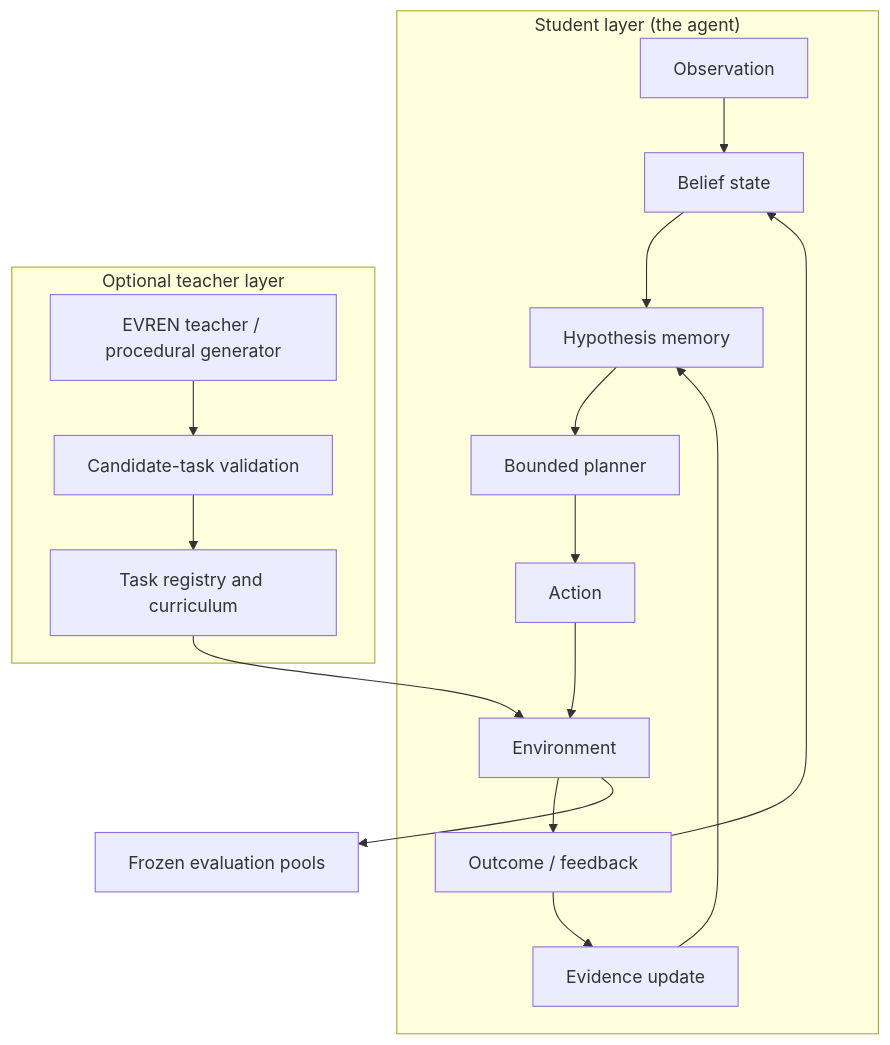
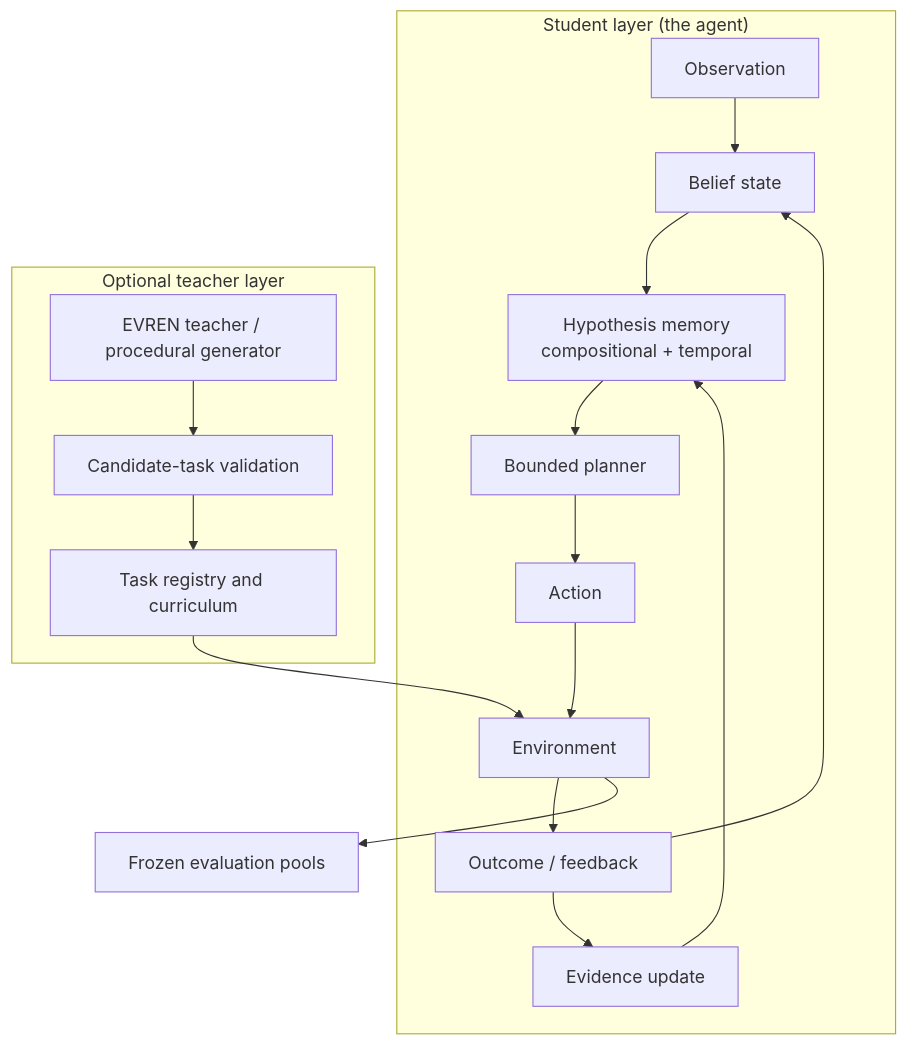
One commit to Pentexa/metargon changed the diagram in README.md. Above: the diagram before and after it, drawn with Mermaid. The commit also changed other lines of this file and 11 other files, not shown here.

````diff
--- a/README.md
+++ b/README.md
@@ -132,20 +175,20 @@
 ```mermaid
 flowchart TD
     subgraph Student["Student layer (the agent)"]
         O[Observation] --> B[Belief state]
-        B --> M[Hypothesis memory]
+        B --> M[Hypothesis memory<br/>compositional + temporal]
         M --> P[Bounded planner]
         P --> A[Action]
         A --> E[Environment]
         E --> F[Outcome / feedback]
         F --> U[Evidence update]
         U --> M
         F --> B
     end
     subgraph Teacher["Optional teacher layer"]
         T[EVREN teacher / procedural generator] --> V[Candidate-task validation]
         V --> R[Task registry and curriculum]
         R --> E
     end
     E --> EV[Frozen evaluation pools]
 ```
````
